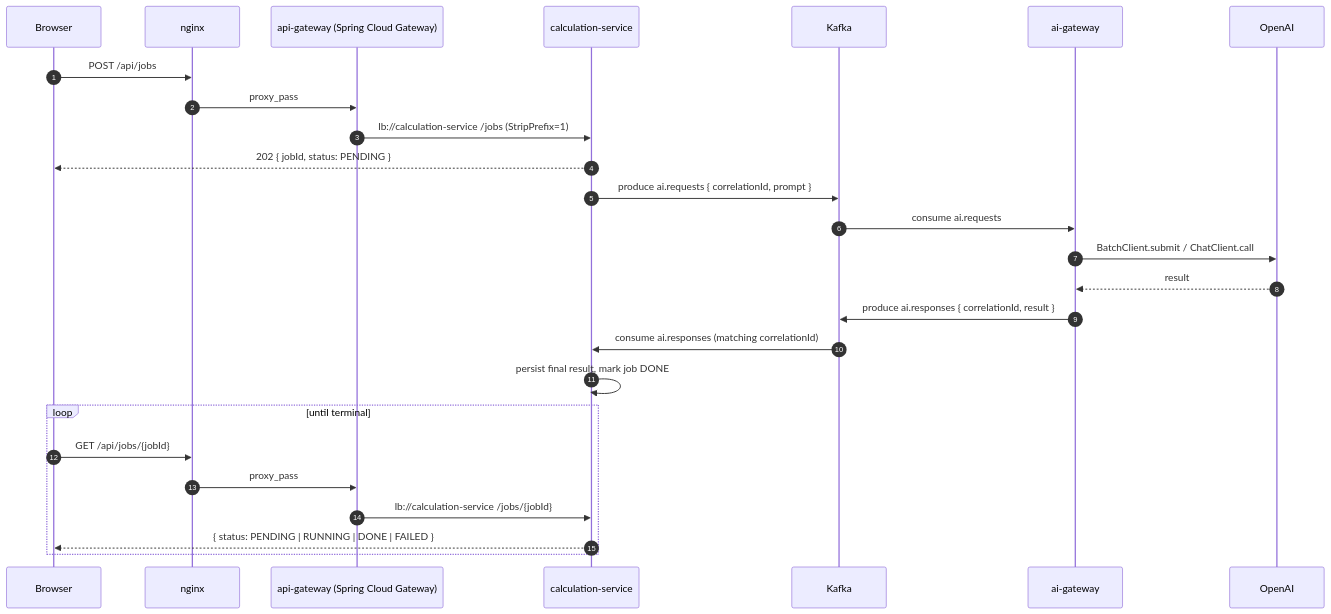
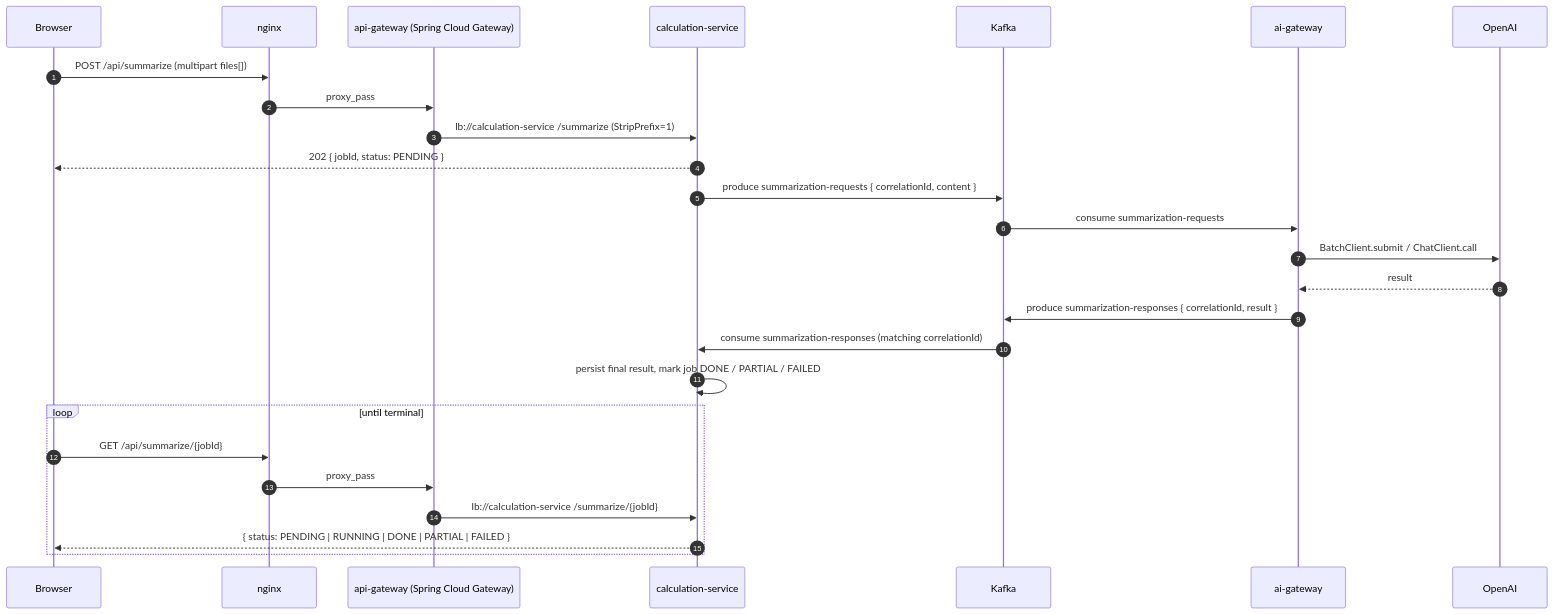
One commit to TonnTamerlan/java_ai_gateway changed the diagram in docs/diagrams/jobs-sequence.mmd. Above: the diagram before and after it, drawn with Mermaid. The commit also changed 3 other files, not shown here.

First line of the commit message:
docs(diagrams): align architecture/chat/jobs/discovery with current code

```diff
--- a/docs/diagrams/jobs-sequence.mmd
+++ b/docs/diagrams/jobs-sequence.mmd
@@ -1,32 +1,32 @@
 sequenceDiagram
     autonumber
     participant Browser
     participant nginx
     participant SCG as api-gateway (Spring Cloud Gateway)
     participant Calc as calculation-service
     participant Kafka
     participant Gateway as ai-gateway
     participant OpenAI
 
-    %% --- Submit a job (sync REST) ---
-    Browser->>nginx: POST /api/jobs
+    %% --- Submit a job (multipart file upload) ---
+    Browser->>nginx: POST /api/summarize (multipart files[])
     nginx->>SCG: proxy_pass
-    SCG->>Calc: lb://calculation-service /jobs (StripPrefix=1)
+    SCG->>Calc: lb://calculation-service /summarize (StripPrefix=1)
     Calc-->>Browser: 202 { jobId, status: PENDING }
 
     %% --- Async heavy work consults AI via Kafka request/reply ---
-    Calc->>Kafka: produce ai.requests { correlationId, prompt }
-    Kafka->>Gateway: consume ai.requests
+    Calc->>Kafka: produce summarization-requests { correlationId, content }
+    Kafka->>Gateway: consume summarization-requests
     Gateway->>OpenAI: BatchClient.submit / ChatClient.call
     OpenAI-->>Gateway: result
-    Gateway->>Kafka: produce ai.responses { correlationId, result }
-    Kafka->>Calc: consume ai.responses (matching correlationId)
-    Calc->>Calc: persist final result, mark job DONE
+    Gateway->>Kafka: produce summarization-responses { correlationId, result }
+    Kafka->>Calc: consume summarization-responses (matching correlationId)
+    Calc->>Calc: persist final result, mark job DONE / PARTIAL / FAILED
 
-    %% --- Browser polls every ~1.5 s ---
+    %% --- Browser polls every 1500 ms ---
     loop until terminal
-        Browser->>nginx: GET /api/jobs/{jobId}
+        Browser->>nginx: GET /api/summarize/{jobId}
         nginx->>SCG: proxy_pass
-        SCG->>Calc: lb://calculation-service /jobs/{jobId}
-        Calc-->>Browser: { status: PENDING | RUNNING | DONE | FAILED }
+        SCG->>Calc: lb://calculation-service /summarize/{jobId}
+        Calc-->>Browser: { status: PENDING | RUNNING | DONE | PARTIAL | FAILED }
     end
```
